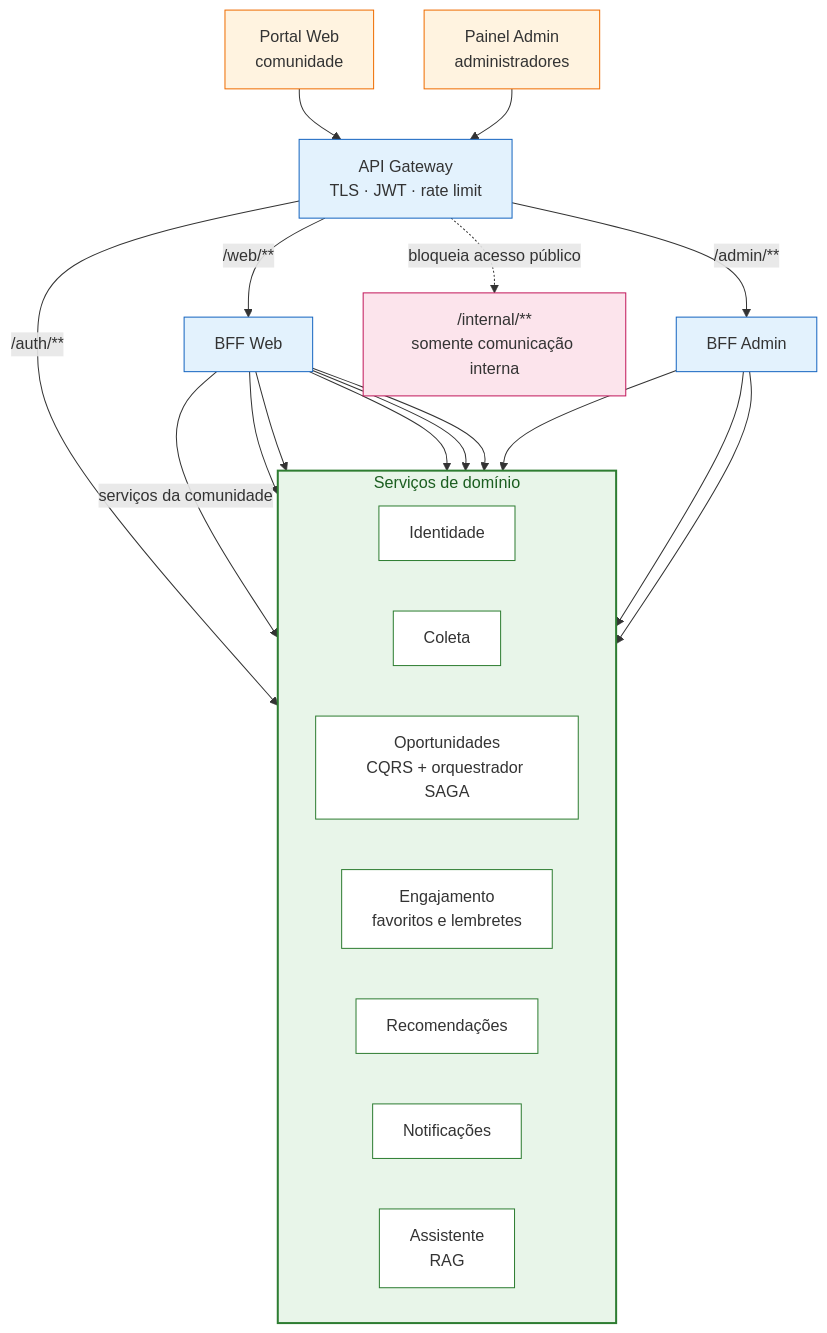
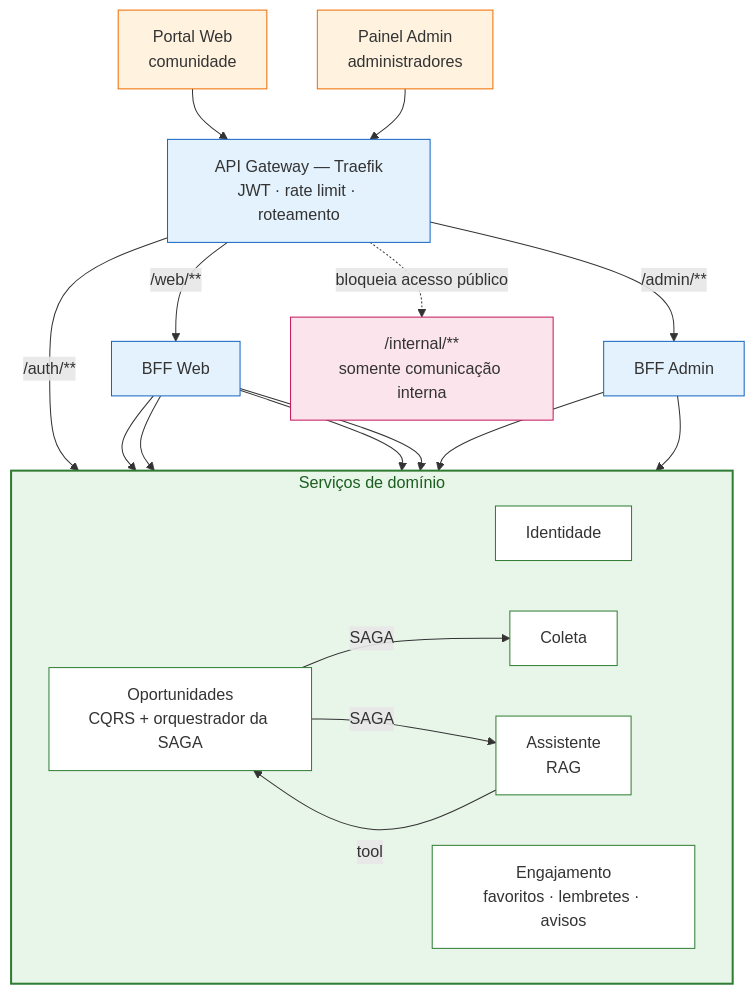
Before and after one commit to joao-givisiez/ConectaU: the diagram in docs/arquitetura/4.1-microsservicos.md, drawn with Mermaid. The commit also changed other lines of this file and 10 other files, not shown here.

````diff
--- a/docs/arquitetura/4.1-microsservicos.md
+++ b/docs/arquitetura/4.1-microsservicos.md
@@ -48,47 +51,46 @@
 ```mermaid
 flowchart TB
   PW["Portal Web<br/>comunidade"]
   PA["Painel Admin<br/>administradores"]
 
-  GW["API Gateway<br/>TLS · JWT · rate limit"]
+  GW["API Gateway — Traefik<br/>JWT · rate limit · roteamento"]
   BW["BFF Web"]
   BA["BFF Admin"]
 
   PW --> GW
   PA --> GW
   GW -->|"/auth/**"| ID
   GW -->|"/web/**"| BW
   GW -->|"/admin/**"| BA
   GW -.->|"bloqueia acesso público"| INT["/internal/**<br/>somente comunicação interna"]
 
   subgraph Dominio["Serviços de domínio"]
     direction LR
     ID["Identidade"]
     CO["Coleta"]
-    OP["Oportunidades<br/>CQRS + orquestrador SAGA"]
-    EN["Engajamento<br/>favoritos e lembretes"]
-    RE["Recomendações"]
-    NO["Notificações"]
+    OP["Oportunidades<br/>CQRS + orquestrador da SAGA"]
+    EN["Engajamento<br/>favoritos · lembretes · avisos"]
     AS["Assistente<br/>RAG"]
   end
 
-  BW -->|"serviços da comunidade"| OP
+  BW --> OP
   BW --> ID
   BW --> EN
-  BW --> RE
-  BW --> NO
   BW --> AS
-  BA --> ID
   BA --> CO
   BA --> OP
+
+  OP -->|"SAGA"| CO
+  OP -->|"SAGA"| AS
+  AS -->|"tool"| OP
 
   classDef cliente fill:#fff3e0,stroke:#ef6c00,color:#333
   classDef borda fill:#e3f2fd,stroke:#1565c0,color:#333
   classDef servico fill:#ffffff,stroke:#2e7d32,color:#333
   classDef interno fill:#fce4ec,stroke:#c2185b,color:#333
   class PW,PA cliente
   class GW,BW,BA borda
-  class ID,CO,OP,EN,RE,NO,AS servico
+  class ID,CO,OP,EN,AS servico
   class INT interno
   style Dominio fill:#e8f5e9,stroke:#2e7d32,stroke-width:2px,color:#1b5e20
 ```
````
